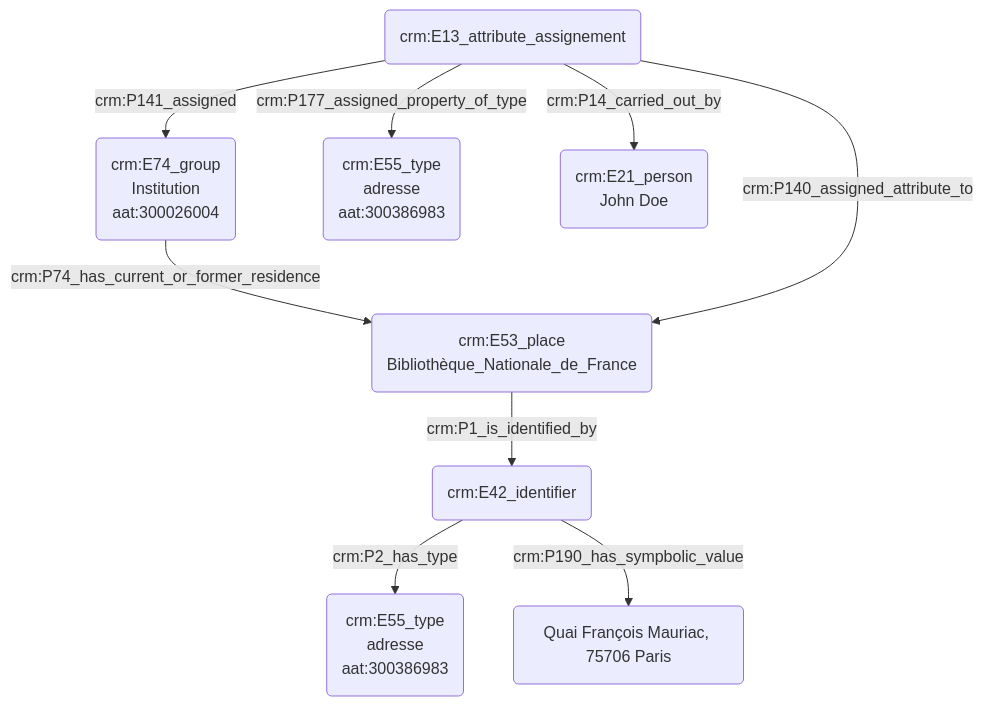
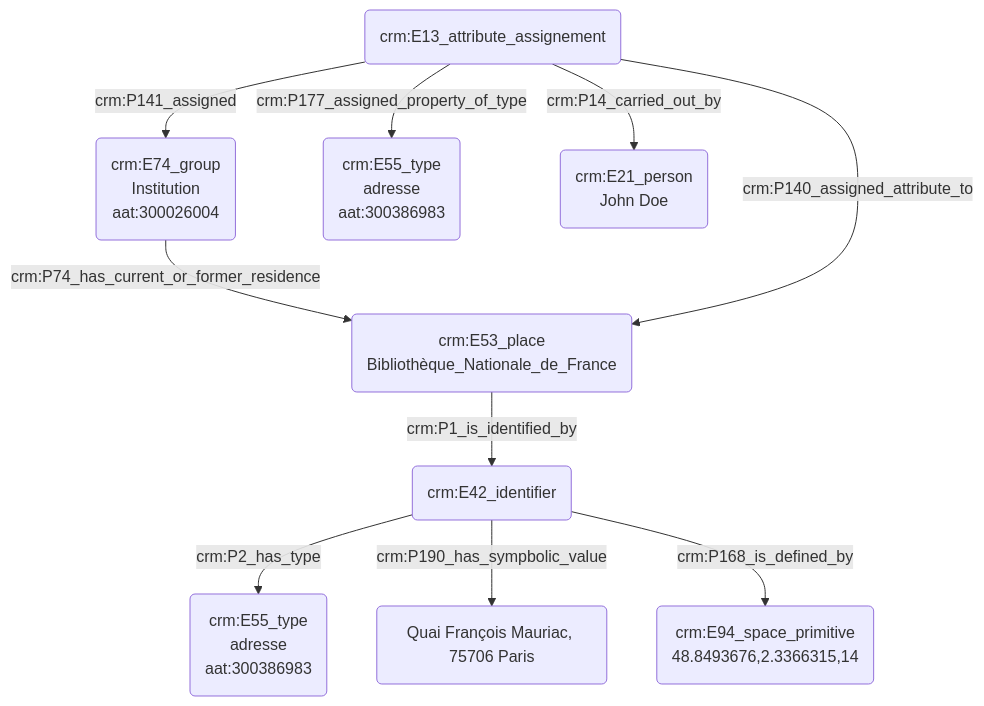
One commit to Amleth/consortium-musica2-gt2-ontologies changed the diagram in modules/livrables/Dossier 2/Indexation conceptuelle/indexation_d_un_lieu.md. Above: the diagram before and after it, drawn with Mermaid.

````diff
--- a/modules/livrables/Dossier 2/Indexation conceptuelle/indexation_d_un_lieu.md
+++ b/modules/livrables/Dossier 2/Indexation conceptuelle/indexation_d_un_lieu.md
@@ -17,22 +17,18 @@
 ```mermaid
 graph TD;
 
 A(crm:E53_place<br>Bibliothèque_Nationale_de_France) --> |crm:P1_is_identified_by| B(crm:E42_identifier)
 B(crm:E42_identifier) --> |crm:P2_has_type| X(crm:E55_type<br>adresse<br>aat:300386983)
 B(crm:E42_identifier) --> |crm:P190_has_sympbolic_value| Y(Quai François Mauriac, 75706 Paris)
+B(crm:E42_identifier) --> |crm:P168_is_defined_by| Z(crm:E94_space_primitive<br>48.8493676,2.3366315,14)
 
 C(crm:E74_group<br>Institution<br>aat:300026004) --> |crm:P74_has_current_or_former_residence| A(crm:E53_place<br>Bibliothèque_Nationale_de_France)
 
 
 H(crm:E13_attribute_assignement) --> |crm:P140_assigned_attribute_to| A(crm:E53_place<br>Bibliothèque_Nationale_de_France) 
-
-
-
 H(crm:E13_attribute_assignement) --> |crm:P141_assigned| C(crm:E74_group<br>Institution<br>aat:300026004)
-
-
 H(crm:E13_attribute_assignement) --> |crm:P177_assigned_property_of_type| K(crm:E55_type<br>adresse<br>aat:300386983)
 H(crm:E13_attribute_assignement) --> |crm:P14_carried_out_by| J(crm:E21_person<br>John Doe)
 
 
 ```
````
